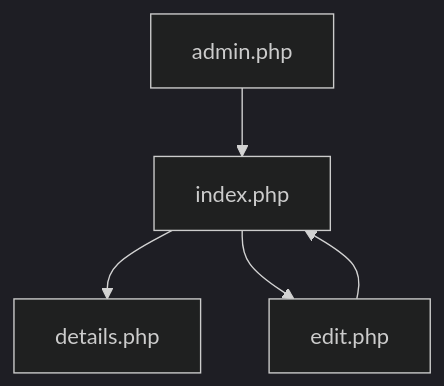
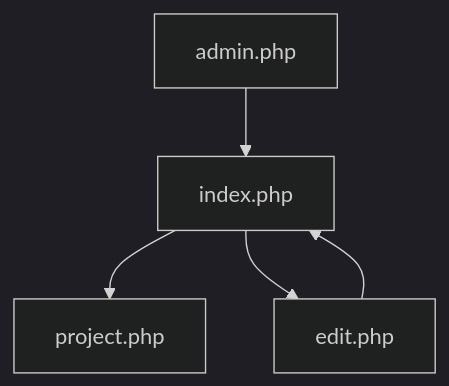
One commit to john-csr/Project-Gallery-Suite changed the diagram in README.md. Above: the diagram before and after it, drawn with Mermaid (dark theme). The commit also changed other lines of this file, not shown here.

````diff
--- a/README.md
+++ b/README.md
@@ -78,7 +93,7 @@
 ```mermaid
 flowchart TD
     A[admin.php] --> B[index.php]
-    B --> C[details.php]
+    B --> C[project.php]
     B --> D[edit.php]
     D --> B
 ```
````
